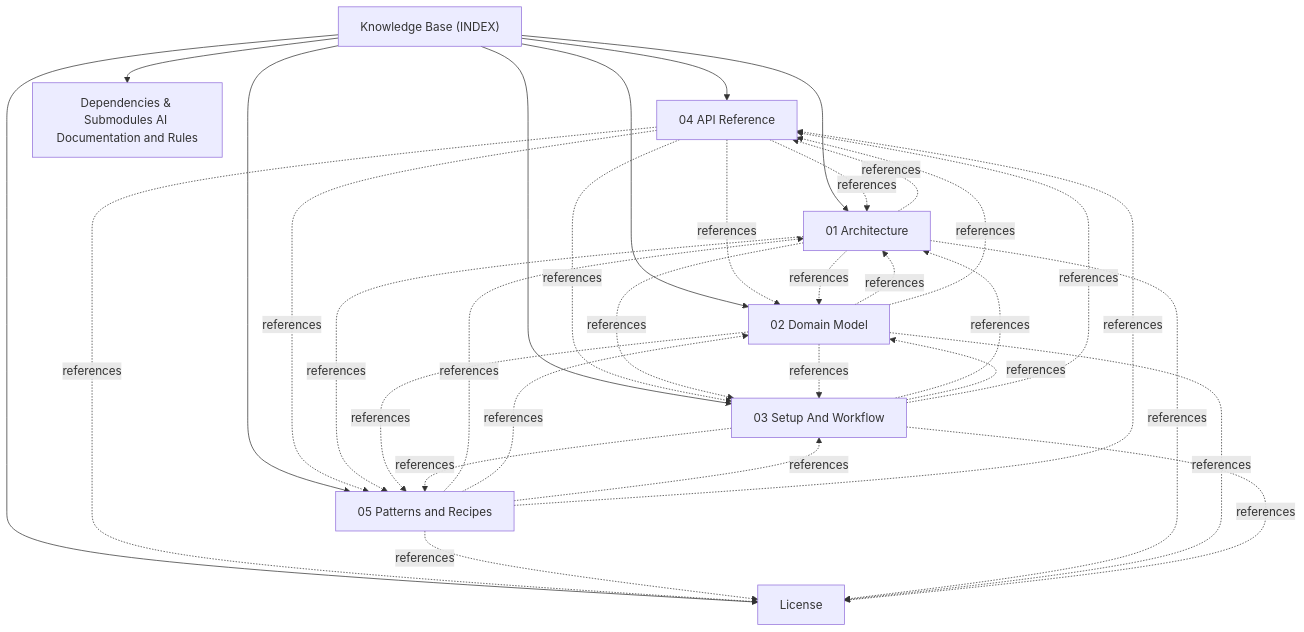
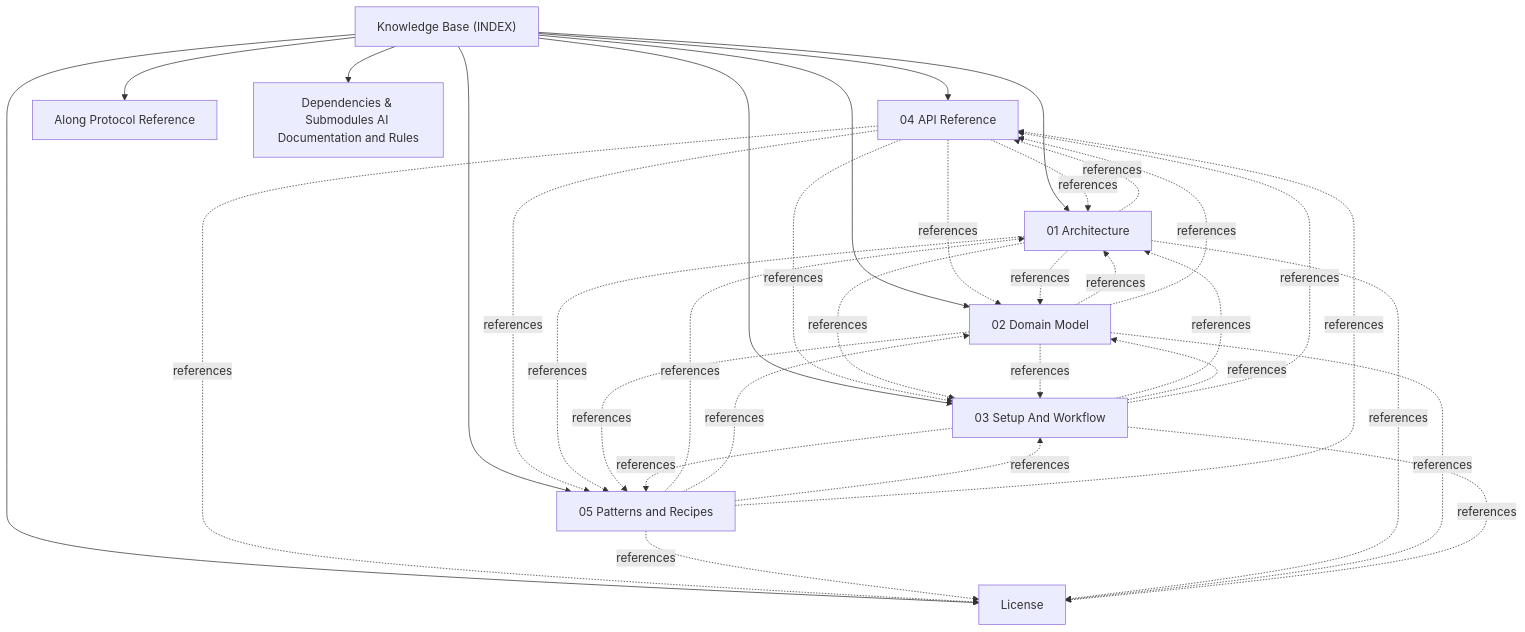
The diagram in docs/INDEX.md (actdim/utico), drawn with Mermaid before and after one commit. The commit also changed other lines of this file and 13 other files, not shown here.

Commit message:
release: v1.10.0 - bump version to 1.10.0 and update Along protocol

````diff
--- a/docs/INDEX.md
+++ b/docs/INDEX.md
@@ -17,43 +17,45 @@
 ```mermaid
 flowchart TD
     INDEX["Knowledge Base (INDEX)"]
     T_04_API_REFERENCE["04 API Reference"]
     INDEX --> T_04_API_REFERENCE
     T_05_PATTERNS_AND_RECIPES["05 Patterns and Recipes"]
     INDEX --> T_05_PATTERNS_AND_RECIPES
+    T_ALONG_PROTOCOL["Along Protocol Reference"]
+    INDEX --> T_ALONG_PROTOCOL
     T_ARCHITECTURE["01 Architecture"]
     INDEX --> T_ARCHITECTURE
     T_DEPENDENCIES["Dependencies & Submodules AI Documentation and Rules"]
     INDEX --> T_DEPENDENCIES
     T_DOMAIN_MODEL["02 Domain Model"]
     INDEX --> T_DOMAIN_MODEL
     T_LICENSE["License"]
     INDEX --> T_LICENSE
     T_SETUP_AND_WORKFLOW["03 Setup And Workflow"]
     INDEX --> T_SETUP_AND_WORKFLOW
     T_04_API_REFERENCE -.->|references| T_ARCHITECTURE
     T_04_API_REFERENCE -.->|references| T_DOMAIN_MODEL
     T_04_API_REFERENCE -.->|references| T_SETUP_AND_WORKFLOW
     T_04_API_REFERENCE -.->|references| T_05_PATTERNS_AND_RECIPES
     T_04_API_REFERENCE -.->|references| T_LICENSE
     T_05_PATTERNS_AND_RECIPES -.->|references| T_ARCHITECTURE
     T_05_PATTERNS_AND_RECIPES -.->|references| T_DOMAIN_MODEL
     T_05_PATTERNS_AND_RECIPES -.->|references| T_SETUP_AND_WORKFLOW
     T_05_PATTERNS_AND_RECIPES -.->|references| T_04_API_REFERENCE
     T_05_PATTERNS_AND_RECIPES -.->|references| T_LICENSE
     T_ARCHITECTURE -.->|references| T_DOMAIN_MODEL
     T_ARCHITECTURE -.->|references| T_SETUP_AND_WORKFLOW
     T_ARCHITECTURE -.->|references| T_04_API_REFERENCE
     T_ARCHITECTURE -.->|references| T_05_PATTERNS_AND_RECIPES
     T_ARCHITECTURE -.->|references| T_LICENSE
     T_DOMAIN_MODEL -.->|references| T_ARCHITECTURE
     T_DOMAIN_MODEL -.->|references| T_SETUP_AND_WORKFLOW
     T_DOMAIN_MODEL -.->|references| T_04_API_REFERENCE
     T_DOMAIN_MODEL -.->|references| T_05_PATTERNS_AND_RECIPES
     T_DOMAIN_MODEL -.->|references| T_LICENSE
     T_SETUP_AND_WORKFLOW -.->|references| T_ARCHITECTURE
     T_SETUP_AND_WORKFLOW -.->|references| T_DOMAIN_MODEL
     T_SETUP_AND_WORKFLOW -.->|references| T_04_API_REFERENCE
     T_SETUP_AND_WORKFLOW -.->|references| T_05_PATTERNS_AND_RECIPES
     T_SETUP_AND_WORKFLOW -.->|references| T_LICENSE
 ```
````
